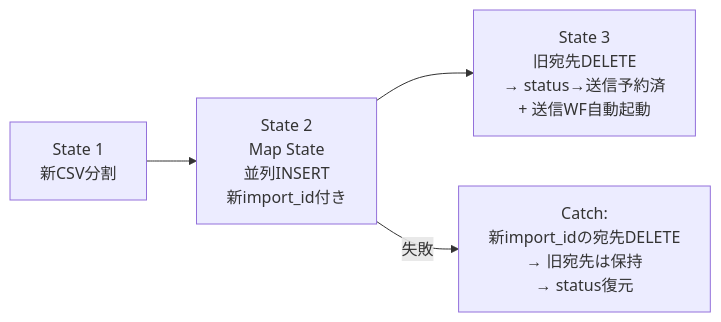
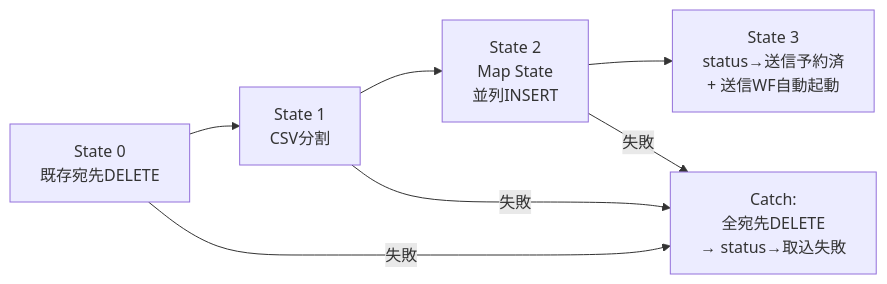
One commit to muratariku0903/mass-emailing changed the third of 4 diagrams in docs/02-edit-flow.md. Above: the diagram before and after it, drawn with Mermaid. The commit also changed other lines of this file and 4 other files, not shown here.

````diff
--- a/docs/02-edit-flow.md
+++ b/docs/02-edit-flow.md
@@ -149,5 +149,7 @@
 ```mermaid
 flowchart LR
-    S1[State 1<br/>新CSV分割] --> S2[State 2<br/>Map State<br/>並列INSERT<br/>新import_id付き] --> S3[State 3<br/>旧宛先DELETE<br/>→ status→送信予約済<br/>+ 送信WF自動起動]
-    S2 --> |失敗| ERR[Catch:<br/>新import_idの宛先DELETE<br/>→ 旧宛先は保持<br/>→ status復元]
+    S0[State 0<br/>既存宛先DELETE] --> S1[State 1<br/>CSV分割] --> S2[State 2<br/>Map State<br/>並列INSERT] --> S3[State 3<br/>status→送信予約済<br/>+ 送信WF自動起動]
+    S0 --> |失敗| ERR[Catch:<br/>全宛先DELETE<br/>→ status→取込失敗]
+    S1 --> |失敗| ERR
+    S2 --> |失敗| ERR
 ```
````
